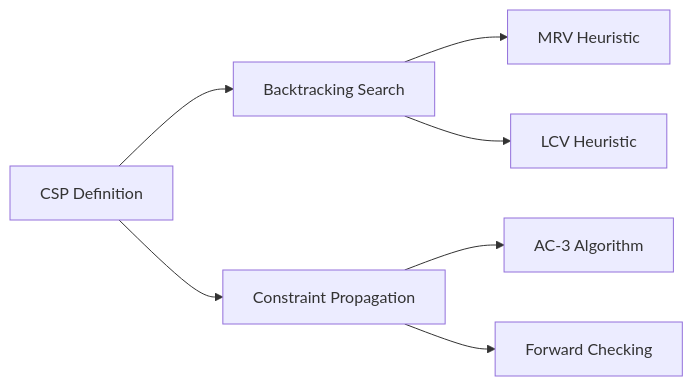
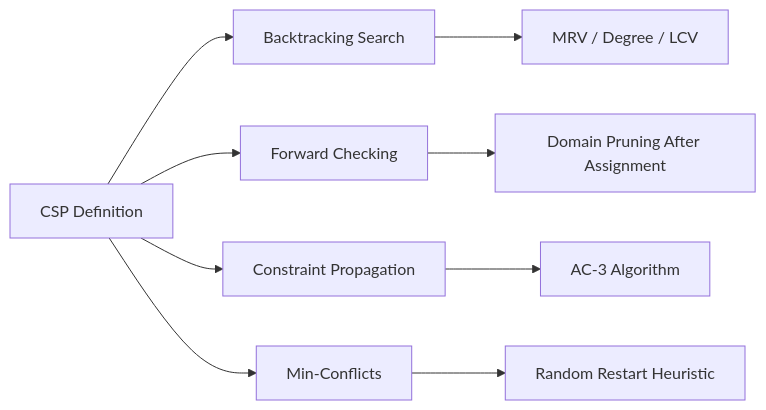
The diagram in docs/courses/artificial-intelligence/05-csp.md (Raushan666java/ai-engineering-journey), drawn with Mermaid before and after one commit. The commit also changed other lines of this file and 26 other files, not shown here.

````diff
--- a/docs/courses/artificial-intelligence/05-csp.md
+++ b/docs/courses/artificial-intelligence/05-csp.md
@@ -28,9 +41,11 @@
 ```mermaid
 flowchart LR
     A[CSP Definition] --> B[Backtracking Search]
-    A --> C[Constraint Propagation]
-    B --> D[MRV Heuristic]
-    B --> E[LCV Heuristic]
-    C --> F[AC-3 Algorithm]
-    C --> G[Forward Checking]
+    A --> C[Forward Checking]
+    A --> D[Constraint Propagation]
+    A --> E[Min-Conflicts]
+    B --> B1[MRV / Degree / LCV]
+    C --> C1[Domain Pruning After Assignment]
+    D --> D1[AC-3 Algorithm]
+    E --> E1[Random Restart Heuristic]
 ```
````
